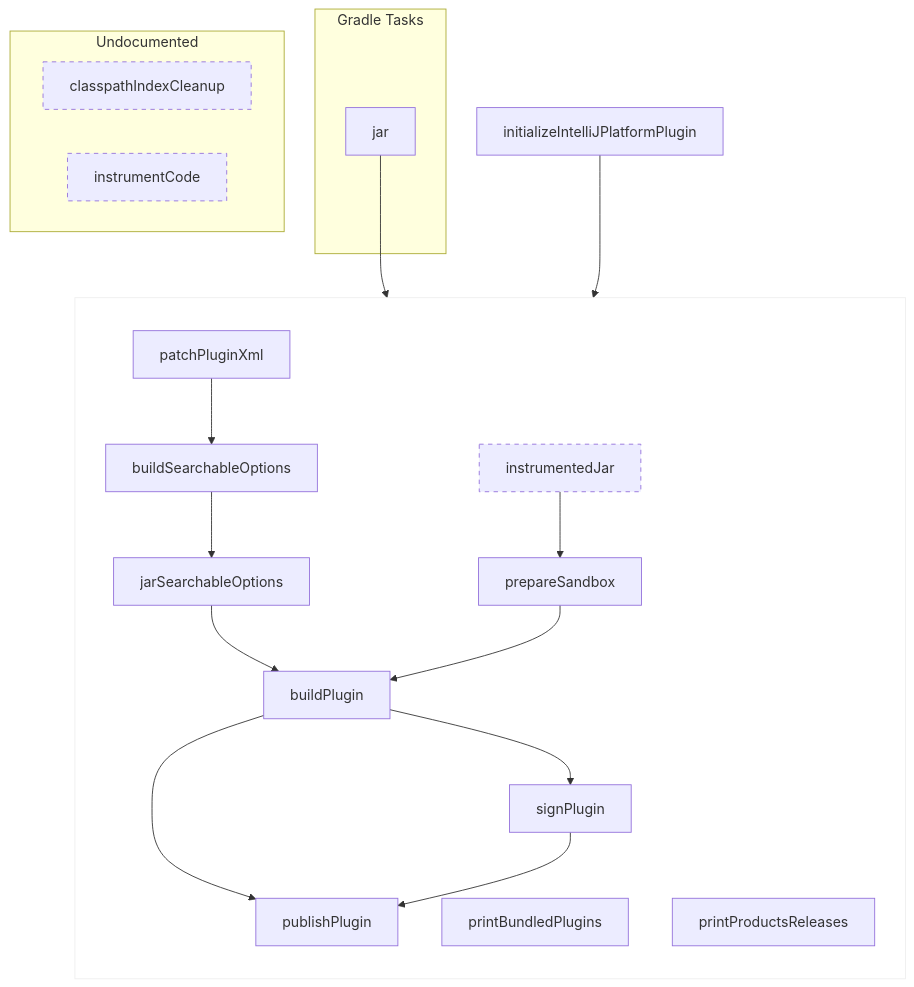
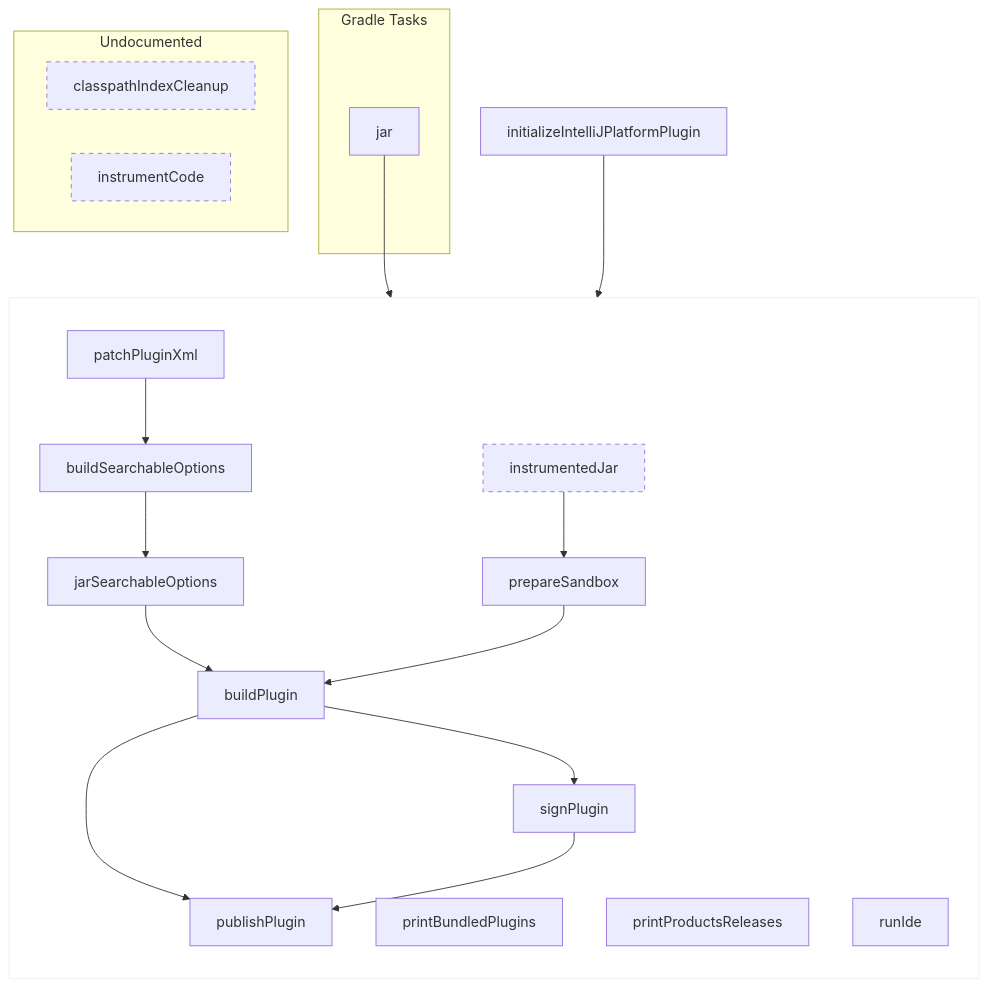
One commit to JetBrains/intellij-sdk-docs changed the diagram in topics/appendix/tools/intellij_platform_gradle_plugin/tools_intellij_platform_gradle_plugin_tasks.md. Above: the diagram before and after it, drawn with Mermaid. The commit also changed other lines of this file and 2 other files, not shown here.

Commit message:
IntelliJ Platform Gradle Plugin: `runIde` task

````diff
--- a/topics/appendix/tools/intellij_platform_gradle_plugin/tools_intellij_platform_gradle_plugin_tasks.md
+++ b/topics/appendix/tools/intellij_platform_gradle_plugin/tools_intellij_platform_gradle_plugin_tasks.md
@@ -15,54 +15,57 @@
 ```mermaid
 flowchart
     subgraph Gradle Tasks
         jar
     end
 
     subgraph ALL ["` `"]
         direction TB
 
         buildPlugin
         buildSearchableOptions
         jarSearchableOptions
         patchPluginXml
         prepareSandbox
         printBundledPlugins
         printProductsReleases
         publishPlugin
+        runIde
         signPlugin
 
         jarSearchableOptions & prepareSandbox --> buildPlugin
         patchPluginXml --> buildSearchableOptions
         buildSearchableOptions --> jarSearchableOptions
         jar & instrumentedJar --> prepareSandbox
         buildPlugin & signPlugin --> publishPlugin
         buildPlugin --> signPlugin
     end
 
     initializeIntelliJPlatformPlugin --> ALL
 
     subgraph Undocumented
         classpathIndexCleanup
         instrumentCode
         instrumentedJar
     end
 
     click buildPlugin "#buildPlugin"
     click buildSearchableOptions "#buildSearchableOptions"
     click classpathIndexCleanup "#classpathIndexCleanup"
     click initializeIntelliJPlatformPlugin "#initializeIntelliJPlatformPlugin"
     click instrumentCode "#instrumentCode"
     click instrumentedJar "#instrumentedJar"
     click jarSearchableOptions "#jarSearchableOptions"
     click patchPluginXml "#patchPluginXml"
     click prepareSandbox "#prepareSandbox"
     click printBundledPlugins "#printBundledPlugins"
     click printProductsReleases "#printProductsReleases"
     click publishPlugin "#publishPlugin"
+    click runIde "#runIde"
+    click signPlugin "#signPlugin"
 
     style classpathIndexCleanup stroke-dasharray: 5 5
     style instrumentCode stroke-dasharray: 5 5
     style instrumentedJar stroke-dasharray: 5 5
 
     style ALL fill:transparent,stroke:#eee
 ```
````
